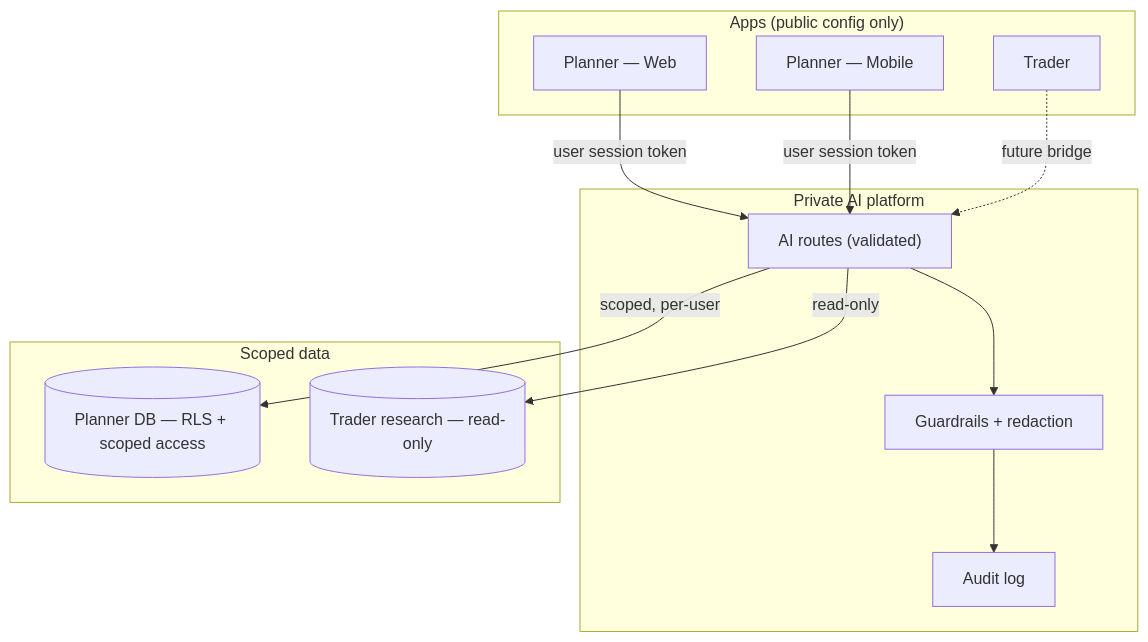
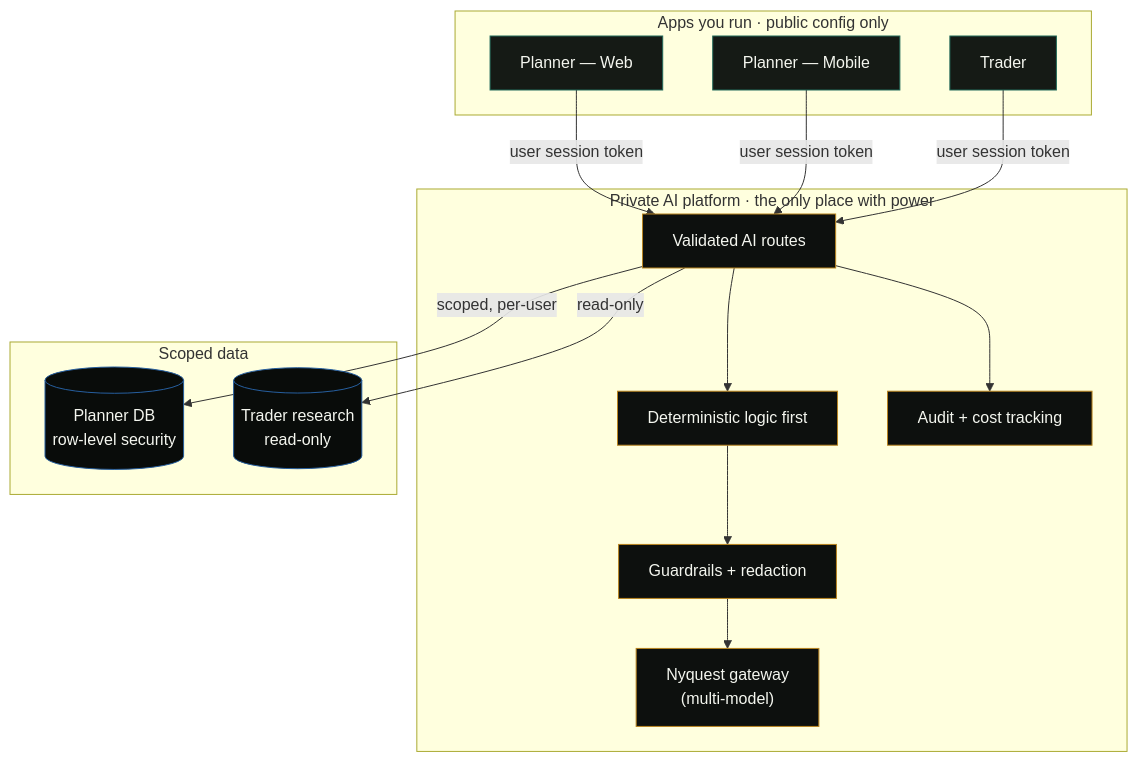
One commit to bjjlops/ASCEND-Showcase changed the first of 5 diagrams in docs/architecture.md. Above: the diagram before and after it, drawn with Mermaid. The commit also changed other lines of this file and 18 other files, not shown here.

First line of the commit message:
docs: refresh showcase — APEX live, Trader workbench, monorepo, diagrams, screenshots

````diff
--- a/docs/architecture.md
+++ b/docs/architecture.md
@@ -19,26 +20,36 @@
 ```mermaid
 flowchart TB
-  subgraph Apps["Apps (public config only)"]
+  subgraph Apps["Apps you run · public config only"]
     Web["Planner — Web"]
     Mobile["Planner — Mobile"]
     Trader["Trader"]
   end
 
-  subgraph Boundary["Private AI platform"]
-    Routes["AI routes (validated)"]
+  subgraph Boundary["Private AI platform · the only place with power"]
+    Routes["Validated AI routes"]
     Guards["Guardrails + redaction"]
-    Audit["Audit log"]
+    Det["Deterministic logic first"]
+    Audit["Audit + cost tracking"]
+    Gateway["Nyquest gateway<br/>(multi-model)"]
   end
 
   subgraph Data["Scoped data"]
-    Planner[("Planner DB — RLS + scoped access")]
-    Research[("Trader research — read-only")]
+    Planner[("Planner DB<br/>row-level security")]
+    Research[("Trader research<br/>read-only")]
   end
 
   Web -- "user session token" --> Routes
   Mobile -- "user session token" --> Routes
-  Trader -. "future bridge" .-> Routes
-  Routes --> Guards --> Audit
+  Trader -- "user session token" --> Routes
+  Routes --> Det --> Guards --> Gateway
+  Routes --> Audit
   Routes -- "scoped, per-user" --> Planner
   Routes -- "read-only" --> Research
+
+  classDef app fill:#151a15,stroke:#236b5a,color:#f4f6ef;
+  classDef boundary fill:#0d100e,stroke:#b9841f,color:#f4f6ef;
+  classDef data fill:#090c0a,stroke:#275f9f,color:#f4f6ef;
+  class Web,Mobile,Trader app;
+  class Routes,Guards,Det,Audit,Gateway boundary;
+  class Planner,Research data;
 ```
````
